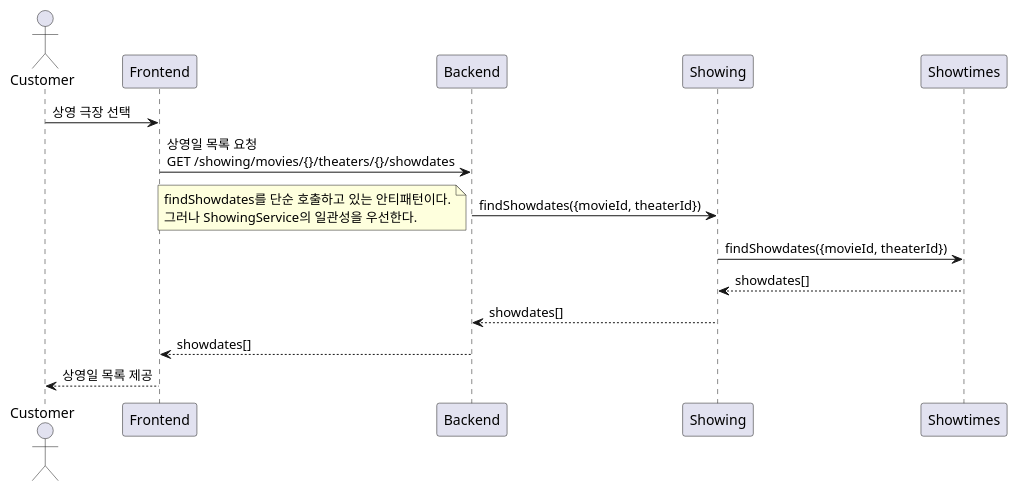
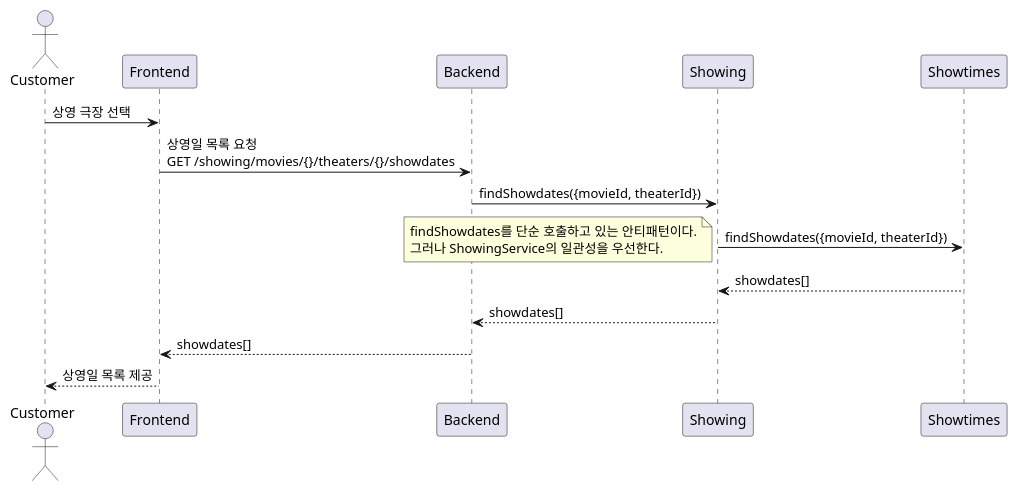
Before and after one commit to hunjuly/nest-seed: the third of 7 diagrams in docs/buy-tickets.md, drawn with PlantUML. The commit also changed other lines of this file and 10 other files, not shown here.

````diff
--- a/docs/buy-tickets.md
+++ b/docs/buy-tickets.md
@@ -111,18 +111,18 @@
 ```plantuml
 @startuml
 actor Customer
 
 Customer -> Frontend : 상영 극장 선택
-Frontend -> Backend : 상영일 목록 요청\nGET /showing/movies/{}/theaters/{}/showdates
-Backend -> Showing: findShowdates({movieId, theaterId})
-note left
-findShowdates를 단순 호출하고 있는 안티패턴이다.
-그러나 ShowingService의 일관성을 우선한다.
-end note
-Showing -> Showtimes: findShowdates({movieId, theaterId})
-Showing <-- Showtimes: showdates[]
-Backend <-- Showing: showdates[]
-Frontend <-- Backend : showdates[]
+    Frontend -> Backend : 상영일 목록 요청\nGET /showing/movies/{}/theaters/{}/showdates
+        Backend -> Showing: findShowdates({movieId, theaterId})
+            Showing -> Showtimes: findShowdates({movieId, theaterId})
+                note left
+                findShowdates를 단순 호출하고 있는 안티패턴이다.
+                그러나 ShowingService의 일관성을 우선한다.
+                end note
+            Showing <-- Showtimes: showdates[]
+        Backend <-- Showing: showdates[]
+    Frontend <-- Backend : showdates[]
 Customer <-- Frontend : 상영일 목록 제공
 @enduml
 ```
````
